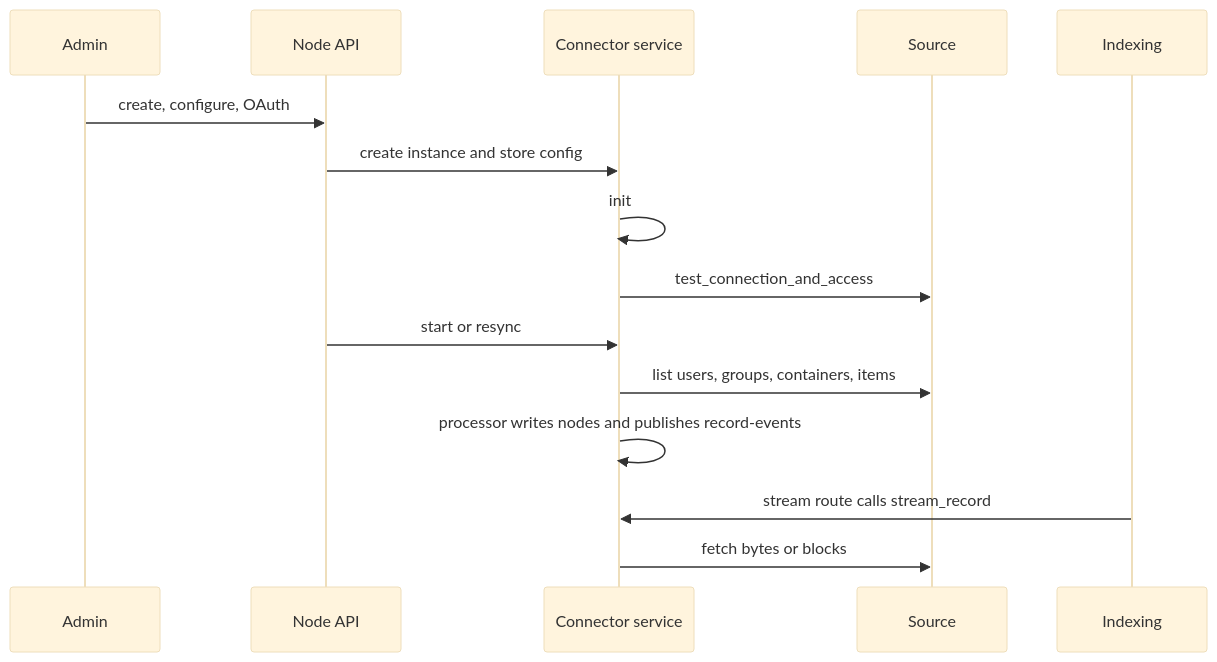
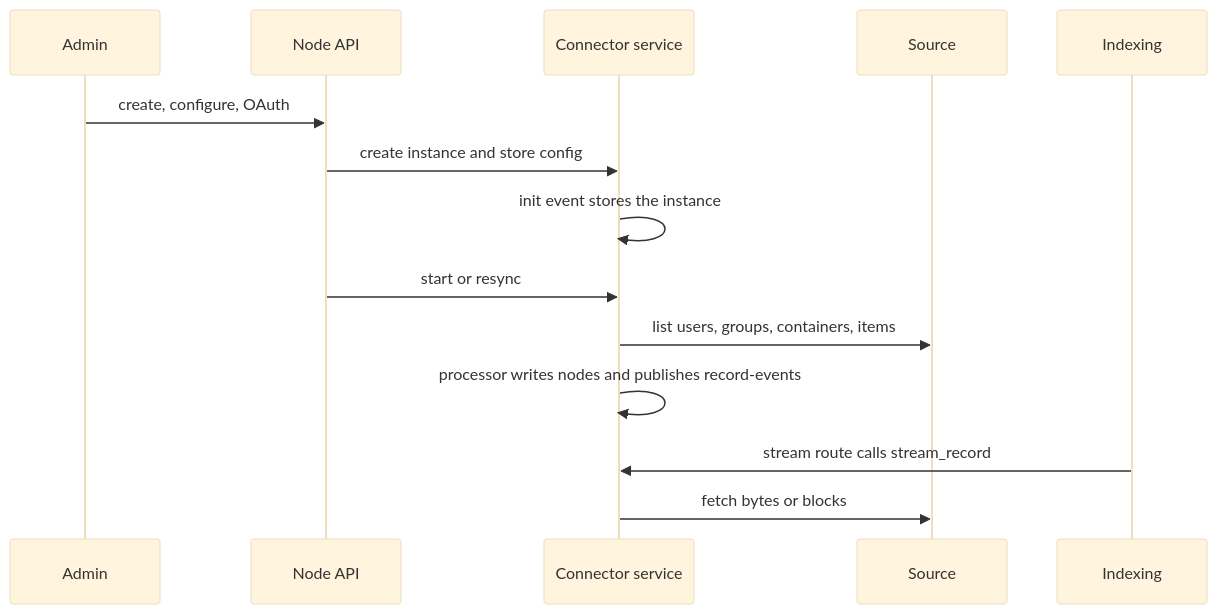
One commit to pipeshub-ai/pipeshub-ai changed the second of 5 diagrams in docs/connectors/01-high-level-design.md. Above: the diagram before and after it, drawn with Mermaid (base theme). The commit also changed other lines of this file and 3 other files, not shown here.

First line of the commit message:
Correct the refresh, paging, and connection-test guidance.

````diff
--- a/docs/connectors/01-high-level-design.md
+++ b/docs/connectors/01-high-level-design.md
@@ -50,17 +50,16 @@
 ```mermaid
 sequenceDiagram
   participant Admin
   participant Node as Node API
   participant Conn as Connector service
   participant Src as Source
   participant Idx as Indexing
   Admin->>Node: create, configure, OAuth
   Node->>Conn: create instance and store config
-  Conn->>Conn: init
-  Conn->>Src: test_connection_and_access
+  Conn->>Conn: init event stores the instance
   Node->>Conn: start or resync
   Conn->>Src: list users, groups, containers, items
   Conn->>Conn: processor writes nodes and publishes record-events
   Idx->>Conn: stream route calls stream_record
   Conn->>Src: fetch bytes or blocks
 ```
````
